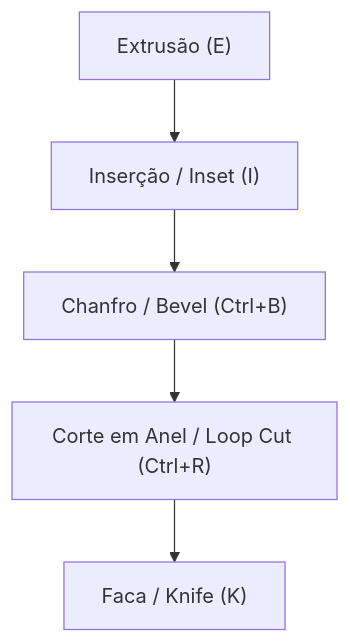
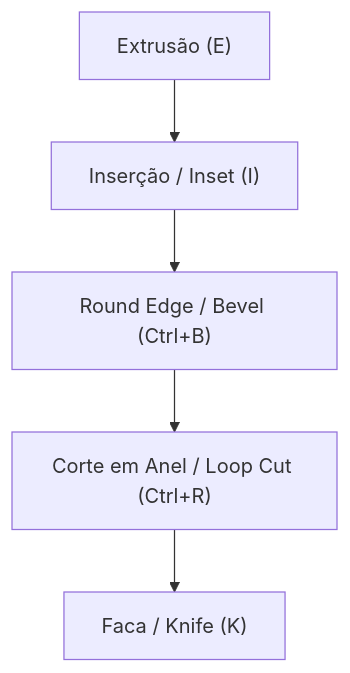
Before and after one commit to raillen/petunia3d: the diagram in docs/manual/modeling.md, drawn with Mermaid. The commit also changed other lines of this file and 907 other files, not shown here.

````diff
--- a/docs/manual/modeling.md
+++ b/docs/manual/modeling.md
@@ -20,7 +20,7 @@
 ```mermaid
 graph TD
     Extrude["Extrusão (E)"] --> Inset["Inserção / Inset (I)"]
-    Inset --> Bevel["Chanfro / Bevel (Ctrl+B)"]
+    Inset --> Bevel["Round Edge / Bevel (Ctrl+B)"]
     Bevel --> LoopCut["Corte em Anel / Loop Cut (Ctrl+R)"]
     LoopCut --> Knife["Faca / Knife (K)"]
 ```
````
